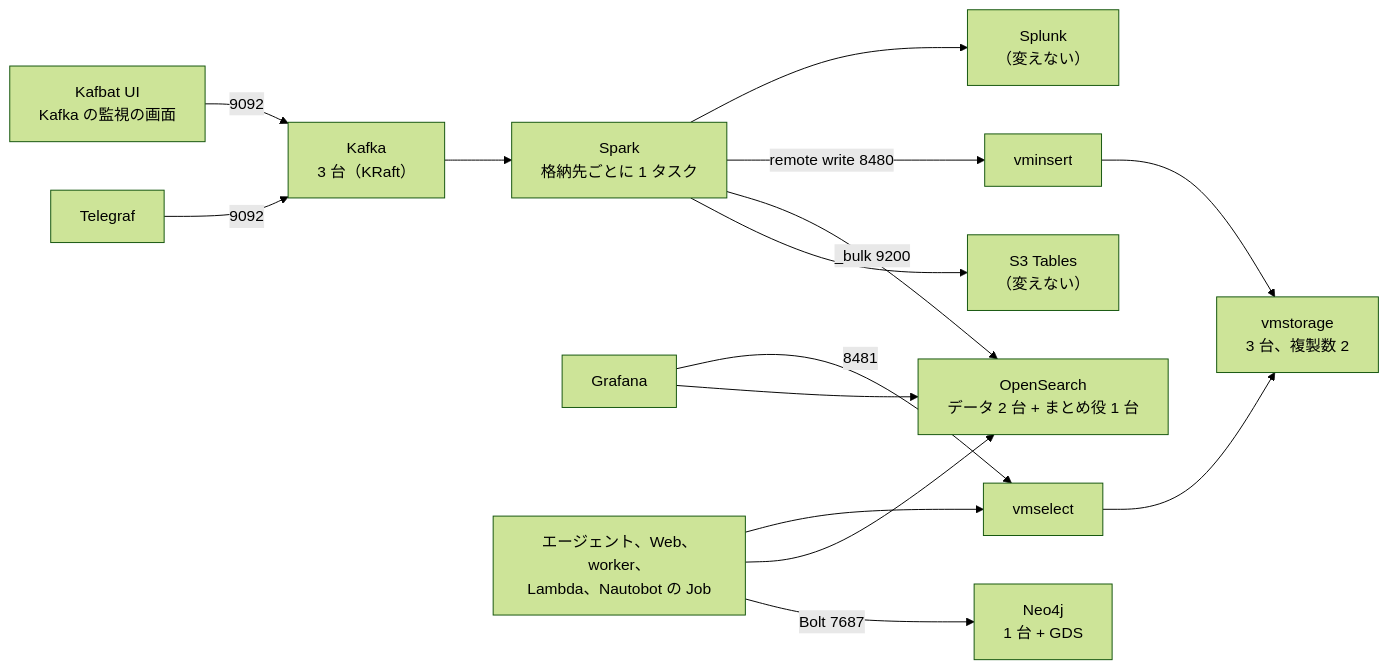
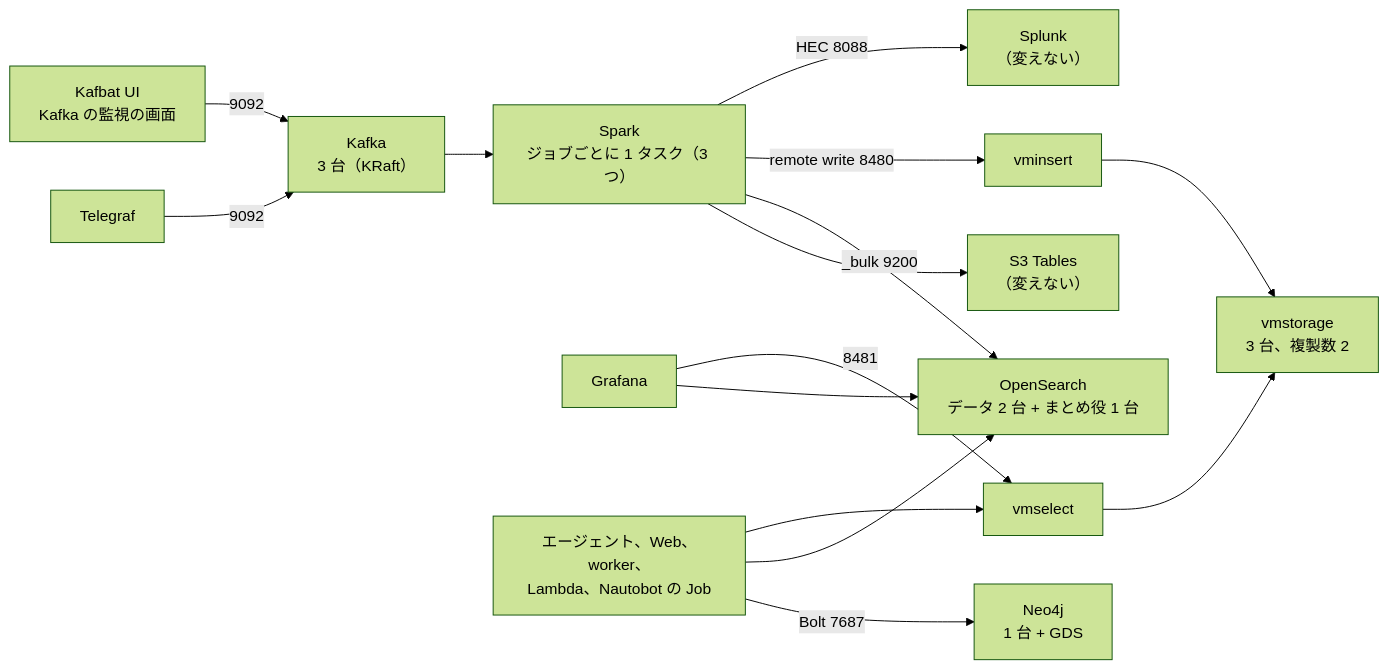
One commit to eddie-eights/nwc-poc changed the diagram in docs/cycles/005-oss-on-ecs/design.md. Above: the diagram before and after it, drawn with Mermaid (forest theme). The commit also changed other lines of this file and 3 other files, not shown here.

````diff
--- a/docs/cycles/005-oss-on-ecs/design.md
+++ b/docs/cycles/005-oss-on-ecs/design.md
@@ -43,17 +73,17 @@
 ```mermaid
 flowchart LR
   T["Telegraf"] -->|"9092"| K["Kafka<br/>3 台（KRaft）"]
-  K --> S["Spark<br/>格納先ごとに 1 タスク"]
+  K --> S["Spark<br/>ジョブごとに 1 タスク（3 つ）"]
   KU["Kafbat UI<br/>Kafka の監視の画面"] -->|"9092"| K
   S --> I["S3 Tables<br/>（変えない）"]
   S -->|"_bulk 9200"| O["OpenSearch<br/>データ 2 台 + まとめ役 1 台"]
   S -->|"remote write 8480"| VI["vminsert"]
   VI --> VS["vmstorage<br/>3 台、複製数 2"]
   VQ["vmselect"] --> VS
-  S --> SP["Splunk<br/>（変えない）"]
+  S -->|"HEC 8088"| SP["Splunk<br/>（変えない）"]
   G["Grafana"] --> O
   G -->|"8481"| VQ
   A["エージェント、Web、worker、<br/>Lambda、Nautobot の Job"] -->|"Bolt 7687"| N["Neo4j<br/>1 台 + GDS"]
   A --> O
   A --> VQ
 ```
````
